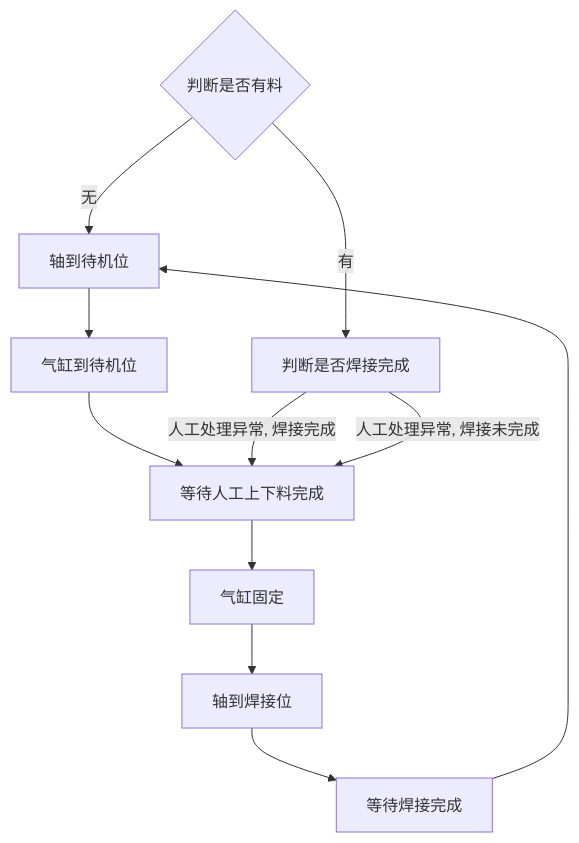
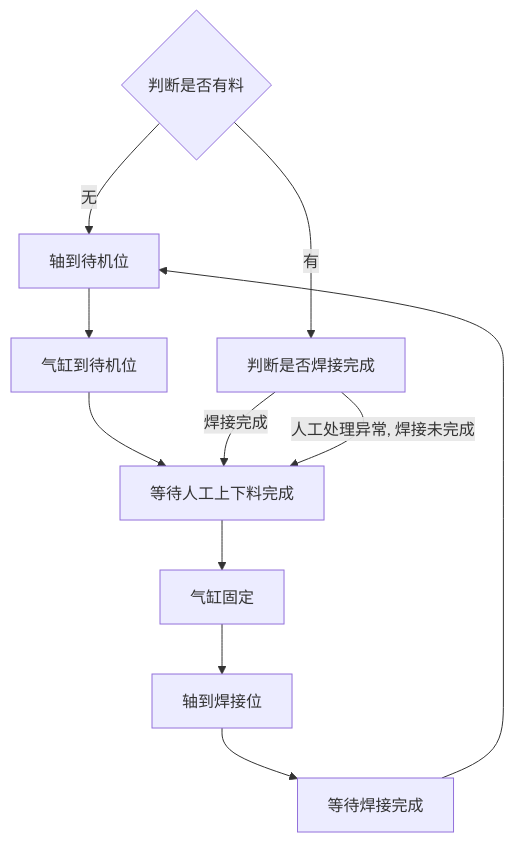
One commit to PengKun1/iodraw-files changed the diagram in all/OP10 上料工位自动流程.md. Above: the diagram before and after it, drawn with Mermaid.

Commit message:
2024-08-02 11:04:33 update

````diff
--- a/all/OP10 上料工位自动流程.md
+++ b/all/OP10 上料工位自动流程.md
@@ -1,15 +1,15 @@
 ```mermaid
 graph TD
 10{判断是否有料}-->|无|20
 10-->|有|900
 20[轴到待机位]-->30
 30[气缸到待机位]-->40
 40[等待人工上下料完成]-->50
 50[气缸固定]-->60
 60[轴到焊接位]-->70
 70[等待焊接完成]-->20
 
 
-900[判断是否焊接完成]-->|人工处理异常, 焊接完成|40
+900[判断是否焊接完成]-->| 焊接完成|40
 900-->|人工处理异常, 焊接未完成|40
 ```
````
